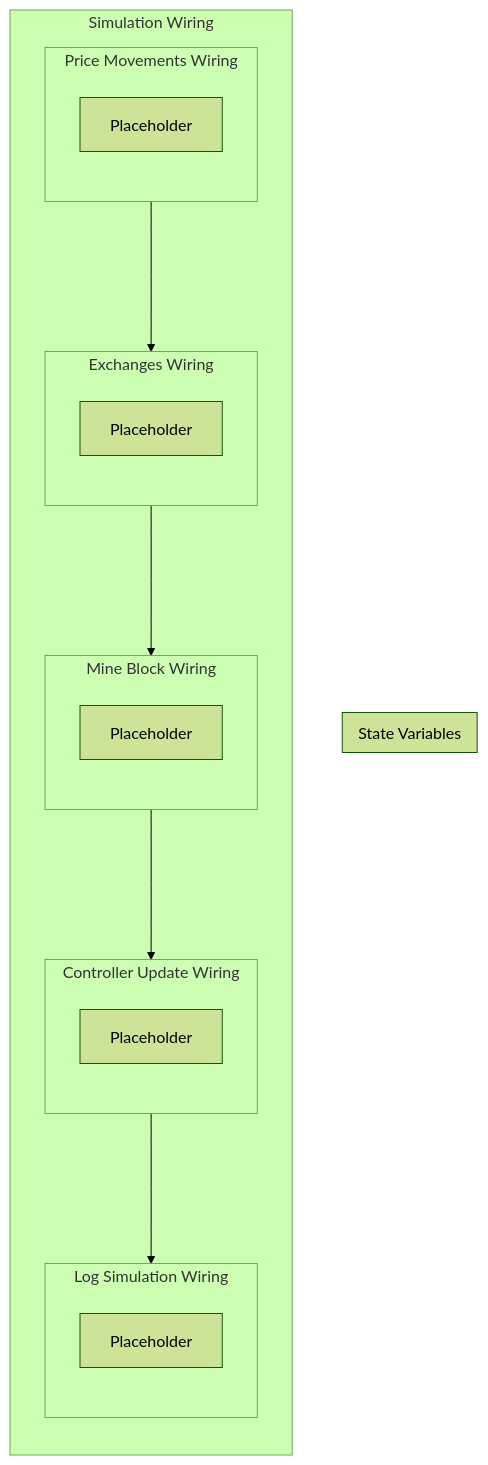
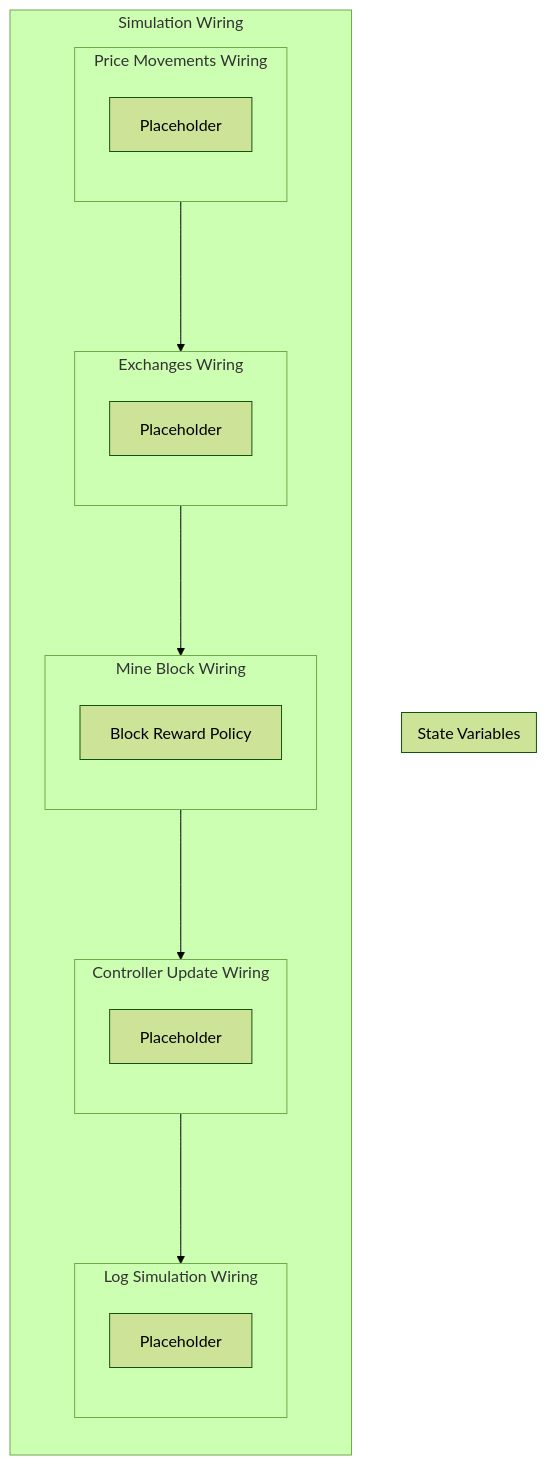
Before and after one commit to dominant-strategies/Quai-Macro-Model: the diagram in Spec/obsidian/Wiring/Simulation Wiring.md, drawn with Mermaid (forest theme). The commit also changed other lines of this file and 11 other files, not shown here.

````diff
--- a/Spec/obsidian/Wiring/Simulation Wiring.md
+++ b/Spec/obsidian/Wiring/Simulation Wiring.md
@@ -3,34 +3,34 @@
 ```mermaid
 graph TB
 
 subgraph SVS["State Variables"]
 end
 
 subgraph X11["Simulation Wiring"]
 direction TB
 subgraph X2["Price Movements Wiring"]
 direction TB
 X1["Placeholder"]
 end
 subgraph X4["Exchanges Wiring"]
 direction TB
 X3["Placeholder"]
 end
 subgraph X6["Mine Block Wiring"]
 direction TB
-X5["Placeholder"]
+X5["Block Reward Policy"]
 end
 subgraph X8["Controller Update Wiring"]
 direction TB
 X7["Placeholder"]
 end
 subgraph X10["Log Simulation Wiring"]
 direction TB
 X9["Placeholder"]
 end
 X2--->X4
 X4--->X6
 X6--->X8
 X8--->X10
 end
 ```
````
